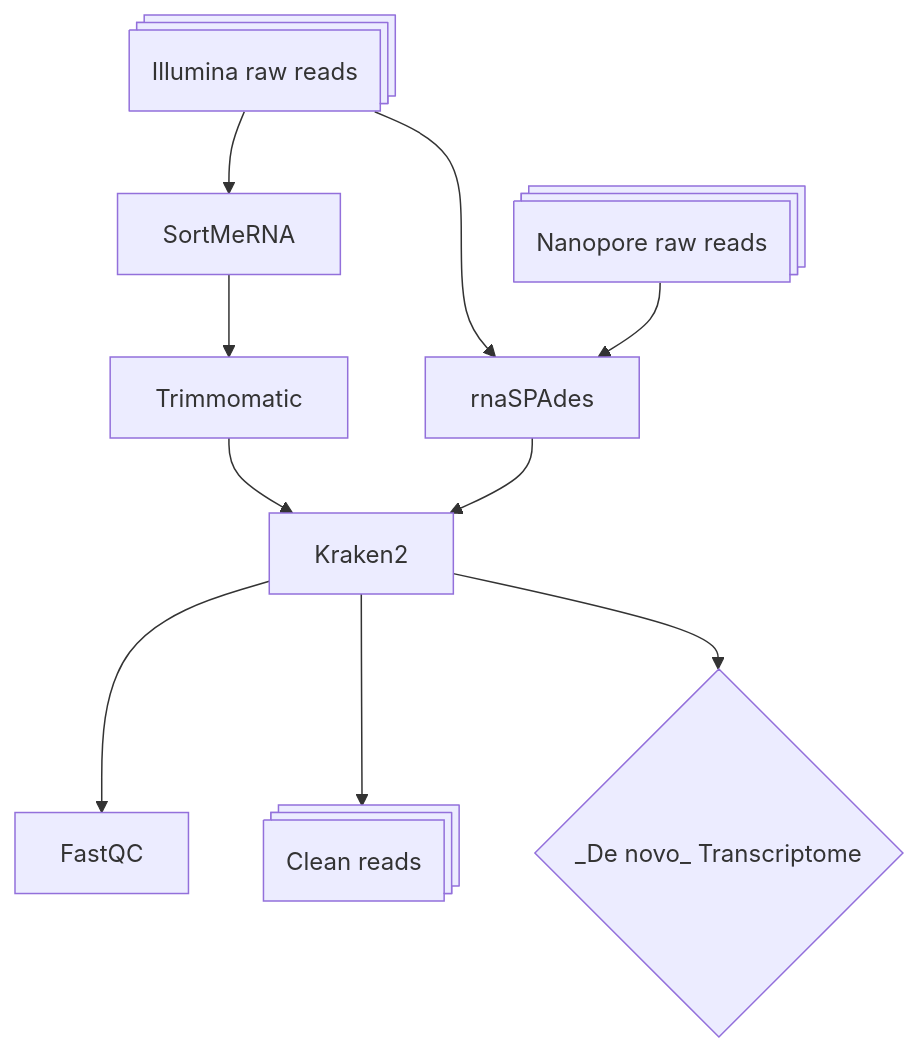
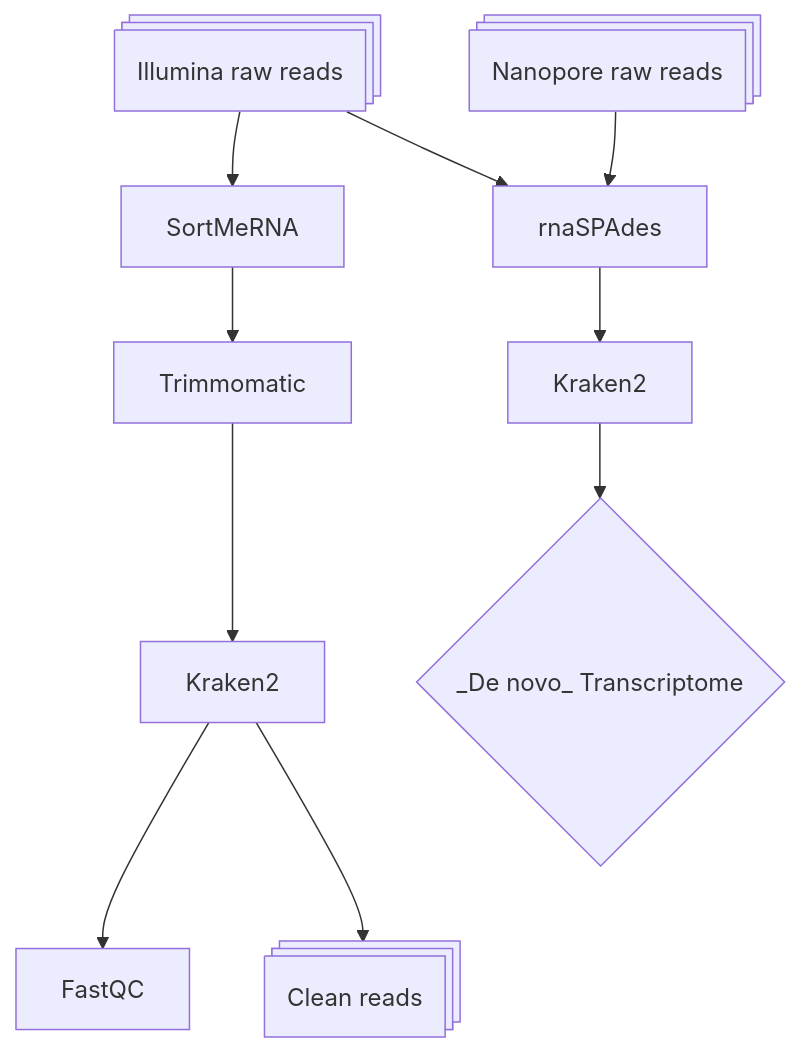
One commit to kuprinak/Phragmites_drought_RNAseq changed the diagram in README.md. Above: the diagram before and after it, drawn with Mermaid.

````diff
--- a/README.md
+++ b/README.md
@@ -6,12 +6,12 @@
 ```mermaid
 flowchart TB
     A@{shape: procs, label: "Illumina raw reads"} --> B[SortMeRNA];
     B --> C[Trimmomatic];
     C --> K[Kraken2];
     K --> E[FastQC];
     K --> F@{shape: procs, label: "Clean reads"};
     A --> G[rnaSPAdes];
     AA@{shape: procs, label: "Nanopore raw reads"} --> G[rnaSPAdes];
-    G --> K
-    K -->T{_De novo_ Transcriptome};
+    G --> K2[Kraken2];
+    K2 -->T{_De novo_ Transcriptome};
 ```
````
